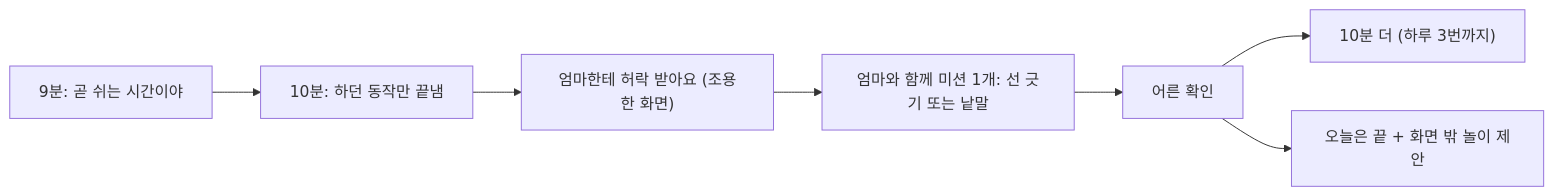
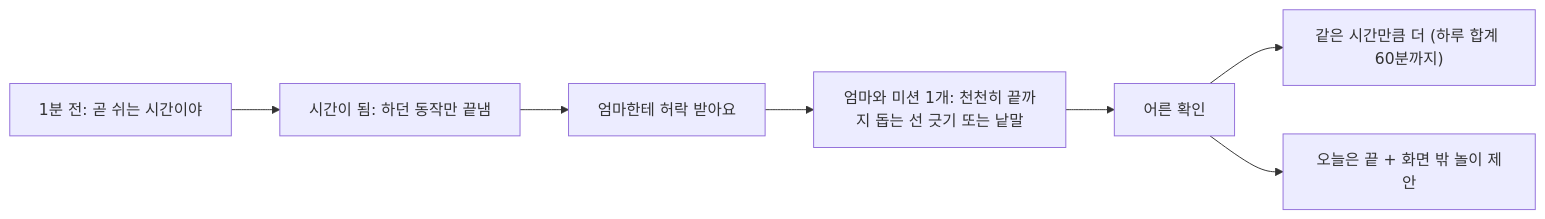
Before and after one commit to hojinwin8585-source/TJ: the fifth of 7 diagrams in 말랑놀이터/설계/README.md, drawn with Mermaid. The commit also changed other lines of this file and 10 other files, not shown here.

````diff
--- a/말랑놀이터/설계/README.md
+++ b/말랑놀이터/설계/README.md
@@ -55,9 +64,9 @@
 ```mermaid
 flowchart LR
-  N["9분: 곧 쉬는 시간이야"] --> T["10분: 하던 동작만 끝냄"]
-  T --> Scr["엄마한테 허락 받아요 (조용한 화면)"]
-  Scr --> Mi["엄마와 함께 미션 1개: 선 긋기 또는 낱말"]
+  N["1분 전: 곧 쉬는 시간이야"] --> T["시간이 됨: 하던 동작만 끝냄"]
+  T --> Scr["엄마한테 허락 받아요"]
+  Scr --> Mi["엄마와 미션 1개: 천천히 끝까지 돕는 선 긋기 또는 낱말"]
   Mi --> Pa["어른 확인"]
-  Pa --> Ex["10분 더 (하루 3번까지)"]
+  Pa --> Ex["같은 시간만큼 더 (하루 합계 60분까지)"]
   Pa --> En["오늘은 끝 + 화면 밖 놀이 제안"]
 ```
````
